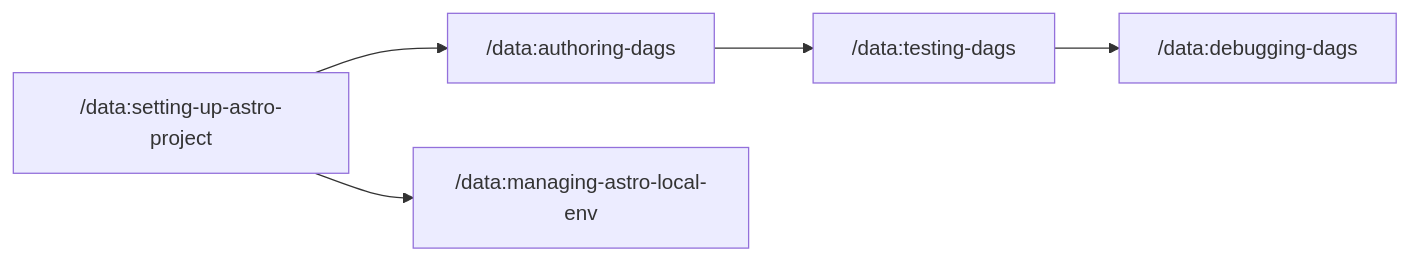
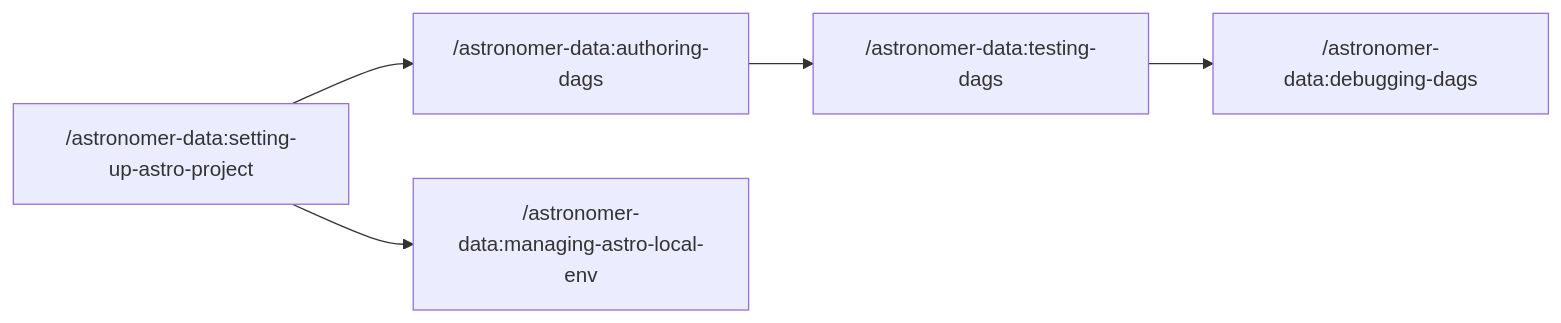
One commit to astronomer/agents changed the second of 2 diagrams in README.md. Above: the diagram before and after it, drawn with Mermaid. The commit also changed other lines of this file and 8 other files, not shown here.

First line of the commit message:
Rename plugin from `data` to `astronomer-data` (#170)

````diff
--- a/README.md
+++ b/README.md
@@ -247,7 +250,7 @@
 ```mermaid
 flowchart LR
-    setup["/data:setting-up-astro-project"] --> authoring["/data:authoring-dags"]
-    setup --> env["/data:managing-astro-local-env"]
-    authoring --> testing["/data:testing-dags"]
-    testing --> debugging["/data:debugging-dags"]
+    setup["/astronomer-data:setting-up-astro-project"] --> authoring["/astronomer-data:authoring-dags"]
+    setup --> env["/astronomer-data:managing-astro-local-env"]
+    authoring --> testing["/astronomer-data:testing-dags"]
+    testing --> debugging["/astronomer-data:debugging-dags"]
 ```
````
